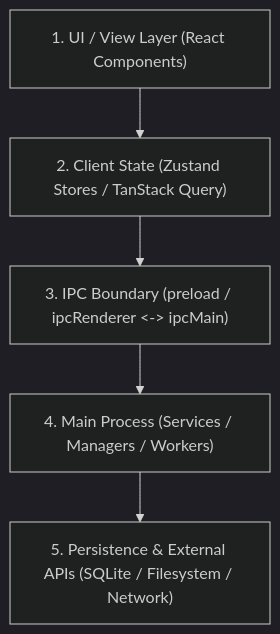
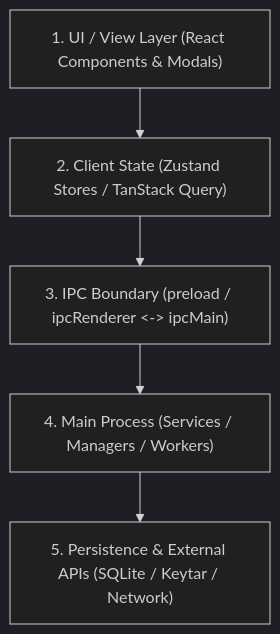
Before and after one commit to vnyvk2/Sita: the diagram in .agents/agents/deep-auditor/agent.md, drawn with Mermaid (dark theme). The commit also changed other lines of this file and 5 other files, not shown here.

````diff
--- a/.agents/agents/deep-auditor/agent.md
+++ b/.agents/agents/deep-auditor/agent.md
@@ -49,13 +54,13 @@
 ```mermaid
 flowchart TD
-    UI["1. UI / View Layer (React Components)"]
+    UI["1. UI / View Layer (React Components & Modals)"]
     State["2. Client State (Zustand Stores / TanStack Query)"]
     IPC["3. IPC Boundary (preload / ipcRenderer <-> ipcMain)"]
     Main["4. Main Process (Services / Managers / Workers)"]
-    Storage["5. Persistence & External APIs (SQLite / Filesystem / Network)"]
+    Storage["5. Persistence & External APIs (SQLite / Keytar / Network)"]
 
     UI --> State
     State --> IPC
     IPC --> Main
     Main --> Storage
 ```
````
